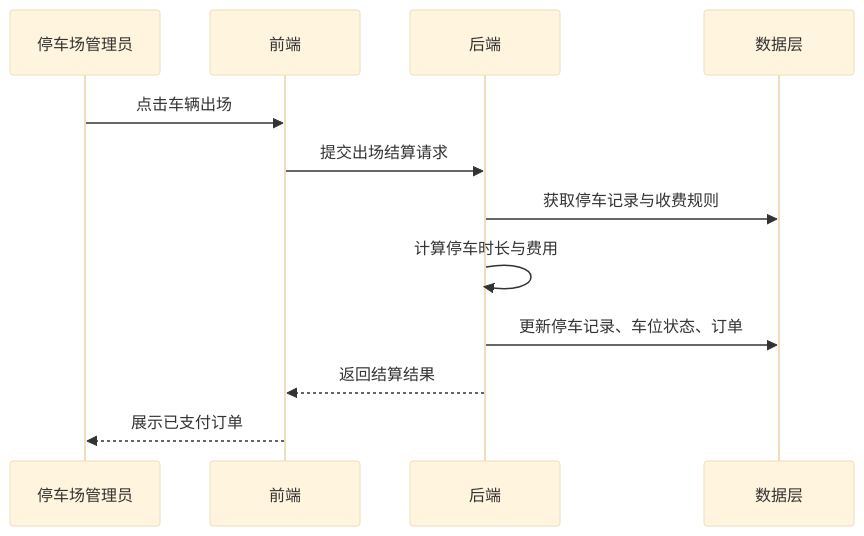
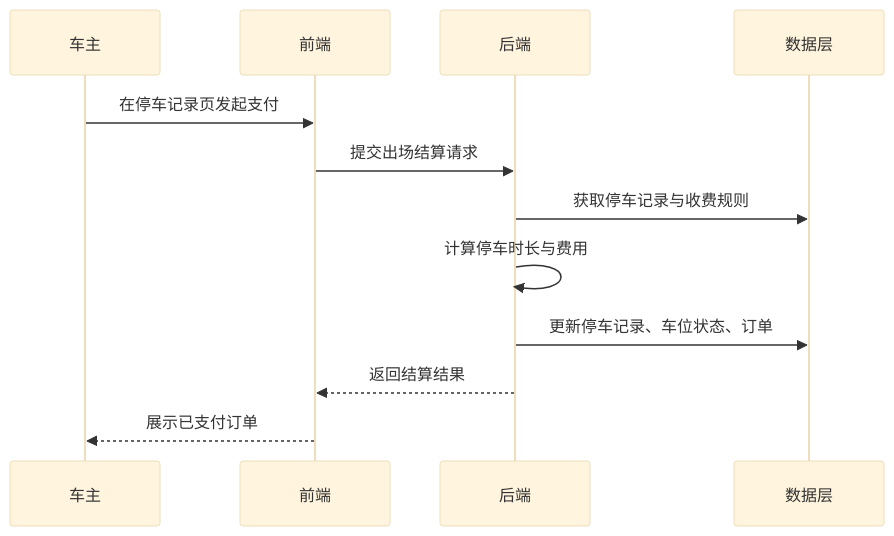
The fifth of 7 diagrams in docs/技术文档.md (wiiiind/city-parking-resource-management-system), drawn with Mermaid (base theme) before and after one commit. The commit also changed other lines of this file and 6 other files, not shown here.

````diff
--- a/docs/技术文档.md
+++ b/docs/技术文档.md
@@ -133,15 +133,15 @@
 ```mermaid
 sequenceDiagram
-    participant M as 停车场管理员
+    participant U as 车主
     participant F as 前端
     participant B as 后端
     participant D as 数据层
 
-    M->>F: 点击车辆出场
+    U->>F: 在停车记录页发起支付
     F->>B: 提交出场结算请求
     B->>D: 获取停车记录与收费规则
     B->>B: 计算停车时长与费用
     B->>D: 更新停车记录、车位状态、订单
     B-->>F: 返回结算结果
-    F-->>M: 展示已支付订单
+    F-->>U: 展示已支付订单
 ```
````
